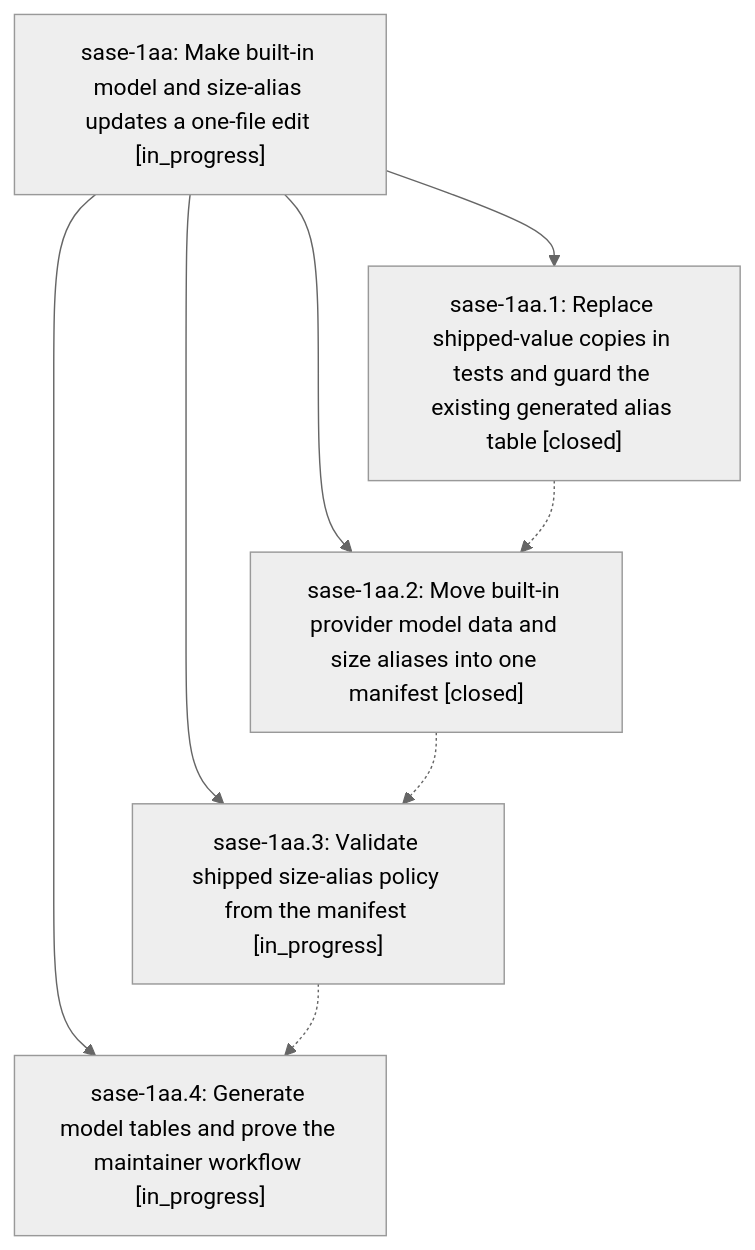
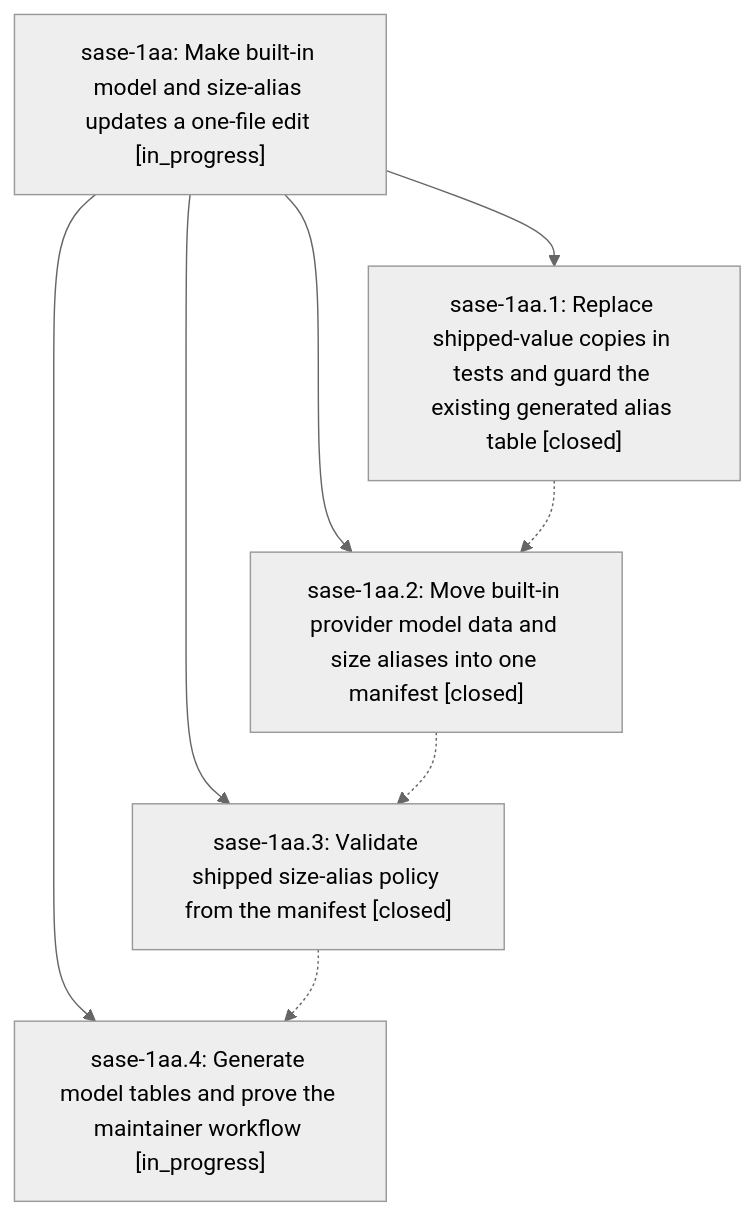
The diagram in pages/sase-1aa/README.md (sase-org/sase--beads), drawn with Mermaid (neutral theme) before and after one commit. The commit also changed other lines of this file and 3 other files, not shown here.

````diff
--- a/pages/sase-1aa/README.md
+++ b/pages/sase-1aa/README.md
@@ -25,15 +25,15 @@
 ```mermaid
 flowchart TD
     n0["sase-1aa: Make built-in model and size-alias updates a one-file edit [in_progress]"]
     n1["sase-1aa.1: Replace shipped-value copies in tests and guard the existing generated alias table [closed]"]
     n2["sase-1aa.2: Move built-in provider model data and size aliases into one manifest [closed]"]
-    n3["sase-1aa.3: Validate shipped size-alias policy from the manifest [in_progress]"]
+    n3["sase-1aa.3: Validate shipped size-alias policy from the manifest [closed]"]
     n4["sase-1aa.4: Generate model tables and prove the maintainer workflow [in_progress]"]
     n0 --> n1
     n0 --> n2
     n0 --> n3
     n0 --> n4
     n1 -.-> n2
     n2 -.-> n3
     n3 -.-> n4
 ```
````
